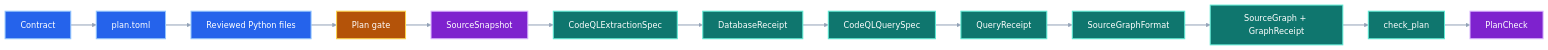
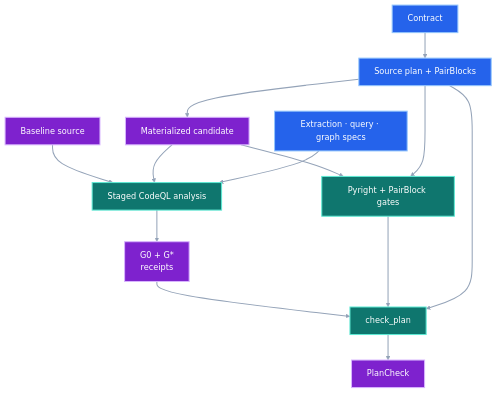
One commit to pvd232/viper changed the third of 3 diagrams in docs/development/codeql-analysis.md. Above: the diagram before and after it, drawn with Mermaid. The commit also changed other lines of this file, not shown here.

Commit message:
Clarify CodeQL analysis diagrams

````diff
--- a/docs/development/codeql-analysis.md
+++ b/docs/development/codeql-analysis.md
@@ -130,27 +124,24 @@
 ```mermaid
-flowchart LR
-    C[Contract] --> M[plan.toml]
-    M --> P[Reviewed Python files]
-    P --> V[Plan gate]
-
-    S[SourceSnapshot] --> E[CodeQLExtractionSpec]
-    E --> D[DatabaseReceipt]
-    D --> Q[CodeQLQuerySpec]
-    Q --> R[QueryReceipt]
-    R --> F[SourceGraphFormat]
-    F --> G[SourceGraph + GraphReceipt]
-    G --> X[check_plan]
-
-    V --> S
-    X --> A[PlanCheck]
+flowchart TB
+    Contract["Contract"] --> Plan["Source plan + PairBlocks"]
+    Plan --> Candidate["Materialized candidate"]
+    Baseline["Baseline source"] --> Analyze["Staged CodeQL analysis"]
+    Candidate --> Analyze
+    Specs["Extraction · query · graph specs"] --> Analyze
+    Analyze --> Evidence["G0 + G*<br/>receipts"]
+    Candidate --> Gates["Pyright + PairBlock gates"]
+    Plan --> Gates
+    Evidence --> Check["check_plan"]
+    Gates --> Check
+    Plan --> Check
+    Check --> Result["PlanCheck"]
 
     classDef authored fill:#2563eb,stroke:#93c5fd,color:#ffffff,stroke-width:2px;
     classDef implementation fill:#0f766e,stroke:#5eead4,color:#ffffff,stroke-width:2px;
     classDef output fill:#7e22ce,stroke:#d8b4fe,color:#ffffff,stroke-width:2px;
     classDef checklist fill:#b45309,stroke:#fcd34d,color:#ffffff,stroke-width:2px;
-    class C,M,P authored;
-    class E,D,Q,R,F,G,X implementation;
-    class S,A output;
-    class V checklist;
+    class Contract,Plan,Specs authored;
+    class Analyze,Gates,Check implementation;
+    class Baseline,Candidate,Evidence,Result output;
     linkStyle default stroke:#94a3b8,stroke-width:2px;
 ```
````
